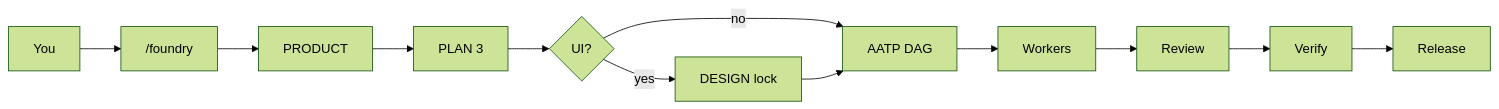
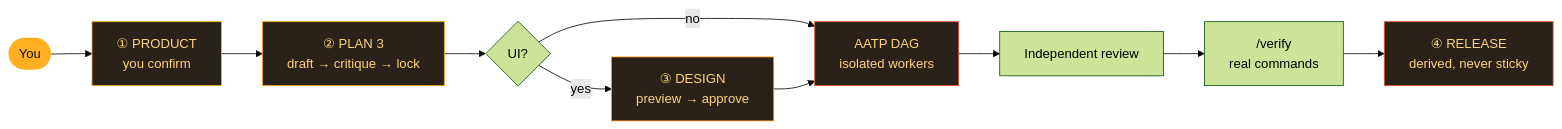
One commit to oaichu/OMP-foundry changed the diagram in README.md. Above: the diagram before and after it, drawn with Mermaid (forest theme). The commit also changed other lines of this file and 1 other file, not shown here.

````diff
--- a/README.md
+++ b/README.md
@@ -104,14 +90,18 @@
 ```mermaid
 flowchart LR
-  U[You] --> F["/foundry"]
-  F --> P[PRODUCT]
-  P --> T[PLAN 3]
+  U([You]) --> P["① PRODUCT<br/>you confirm"]
+  P --> T["② PLAN 3<br/>draft → critique → lock"]
   T --> D{UI?}
-  D -->|yes| G[DESIGN lock]
-  D -->|no| A[AATP DAG]
-  G --> A
-  A --> W[Workers]
-  W --> R[Review]
-  R --> Q[Verify]
-  Q --> X[Release]
+  D -->|yes| G["③ DESIGN<br/>preview → approve"]
+  D -->|no| A
+  G --> A["AATP DAG<br/>isolated workers"]
+  A --> R[Independent review]
+  R --> Q["/verify<br/>real commands"]
+  Q --> X["④ RELEASE<br/>derived, never sticky"]
+  style U fill:#FFB020,stroke:none,color:#14110E
+  style P fill:#2A2118,stroke:#FFB020,color:#FFD37A
+  style T fill:#2A2118,stroke:#FF9F1C,color:#FFD37A
+  style G fill:#2A2118,stroke:#FF9F1C,color:#FFD37A
+  style A fill:#2A2118,stroke:#E4572E,color:#FFD37A
+  style X fill:#2A2118,stroke:#E4572E,color:#FFD37A
 ```
````
